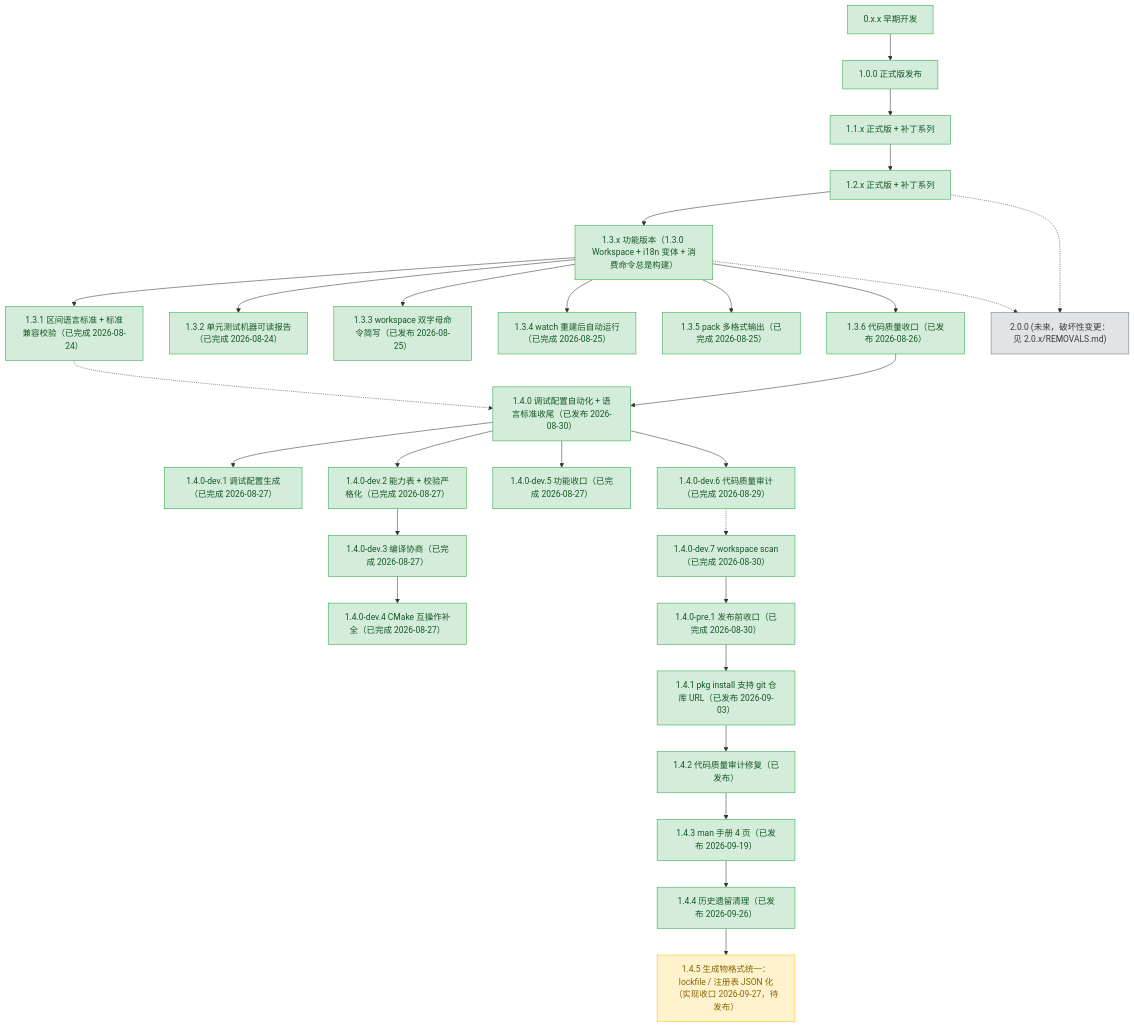
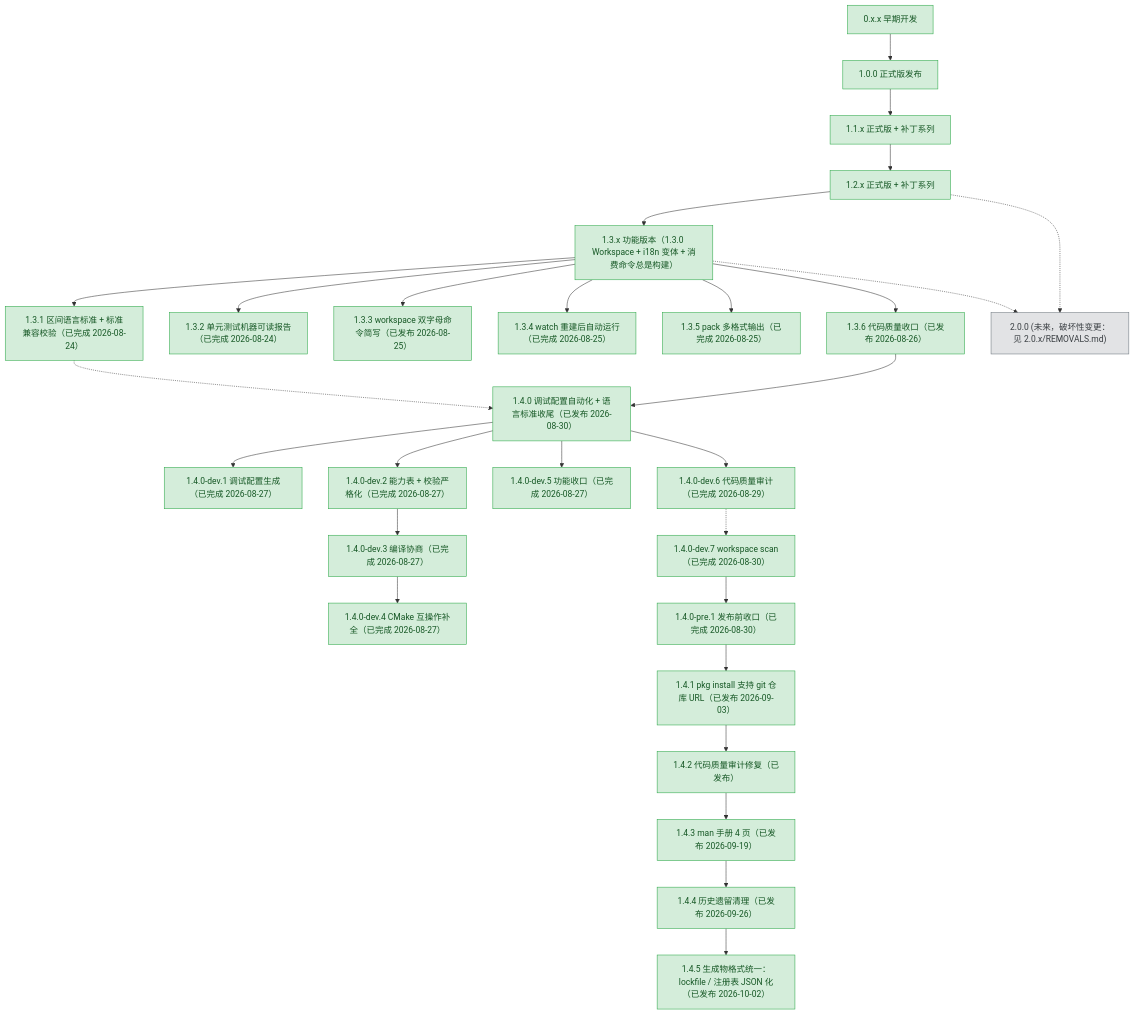
The diagram in plans/README.md (3667808244/EazyMake), drawn with Mermaid before and after one commit. The commit also changed other lines of this file and 10 other files, not shown here.

````diff
--- a/plans/README.md
+++ b/plans/README.md
@@ -98,7 +99,7 @@
     v142p["1.4.2 代码质量审计修复（已发布）"]
     v143p["1.4.3 man 手册 4 页（已发布 2026-09-19）"]
     v144p["1.4.4 历史遗留清理（已发布 2026-09-26）"]
-    v145p["1.4.5 生成物格式统一：lockfile / 注册表 JSON 化（实现收口 2026-09-27，待发布）"]
+    v145p["1.4.5 生成物格式统一：lockfile / 注册表 JSON 化（已发布 2026-10-02）"]
     v200["2.0.0 (未来，破坏性变更：见 2.0.x/REMOVALS.md)"]
 
     v0xx --> v100
@@ -156,6 +157,6 @@
     class v142p done;
     class v143p done;
     class v144p done;
-    class v145p active;
+    class v145p done;
     class v200 todo;
 ```
````
